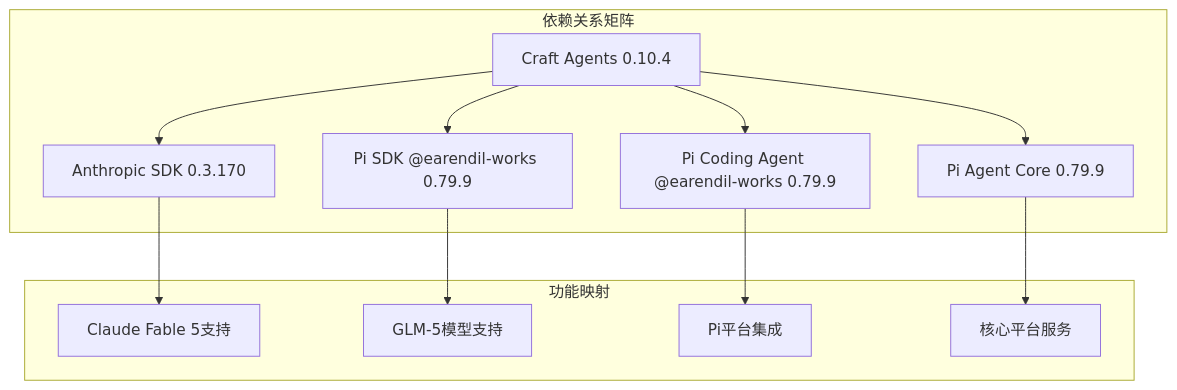
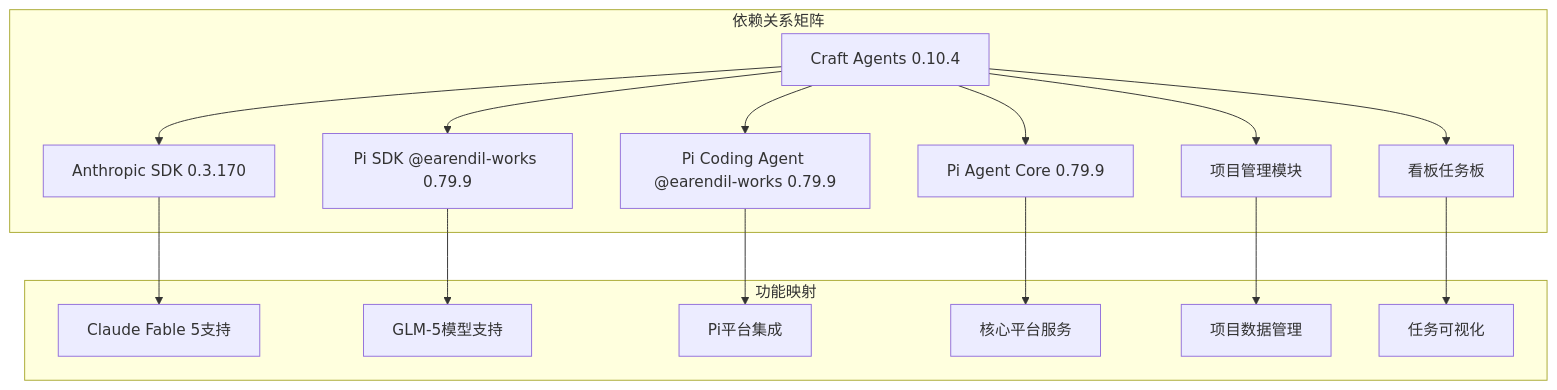
Before and after one commit to haolange/craft-agents-oss: the eighth of 8 diagrams in .qoder/repowiki/zh/content/项目概述/版本发布说明 0.10.4.md, drawn with Mermaid. The commit also changed other lines of this file and 8 other files, not shown here.

````diff
--- a/.qoder/repowiki/zh/content/项目概述/版本发布说明 0.10.4.md
+++ b/.qoder/repowiki/zh/content/项目概述/版本发布说明 0.10.4.md
@@ -180,15 +304,19 @@
 ```mermaid
 graph TB
 subgraph "依赖关系矩阵"
 A[Craft Agents 0.10.4] --> B[Anthropic SDK 0.3.170]
 A --> C[Pi SDK @earendil-works 0.79.9]
 A --> D[Pi Coding Agent @earendil-works 0.79.9]
 A --> E[Pi Agent Core 0.79.9]
+A --> F[项目管理模块]
+A --> G[看板任务板]
 end
 subgraph "功能映射"
-B --> F[Claude Fable 5支持]
-C --> G[GLM-5模型支持]
-D --> H[Pi平台集成]
-E --> I[核心平台服务]
+B --> H[Claude Fable 5支持]
+C --> I[GLM-5模型支持]
+D --> J[Pi平台集成]
+E --> K[核心平台服务]
+F --> L[项目数据管理]
+G --> M[任务可视化]
 end
 ```
````
